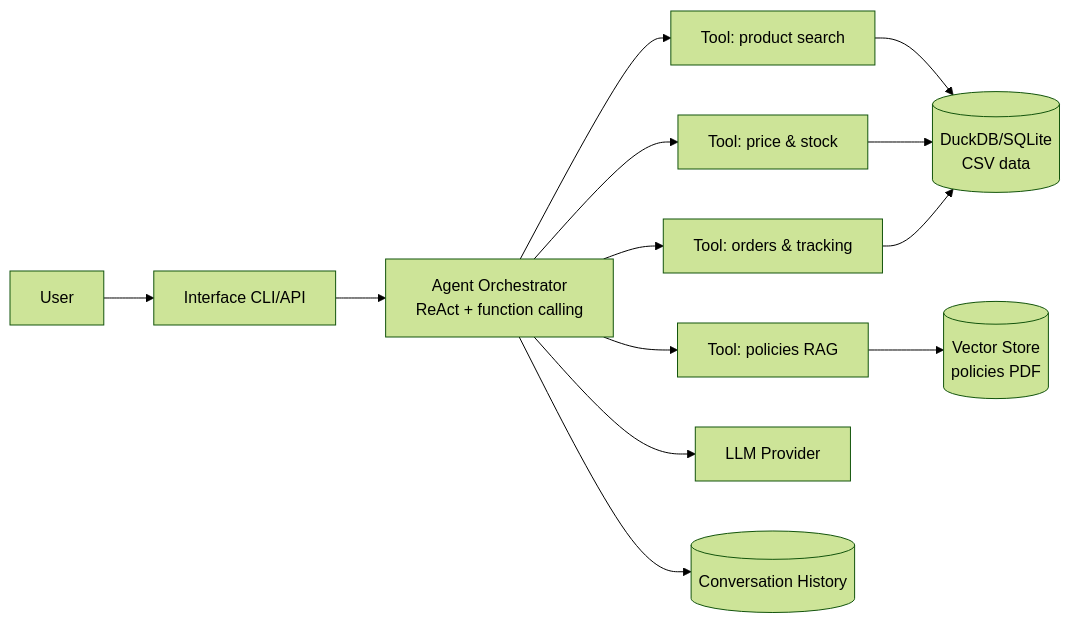
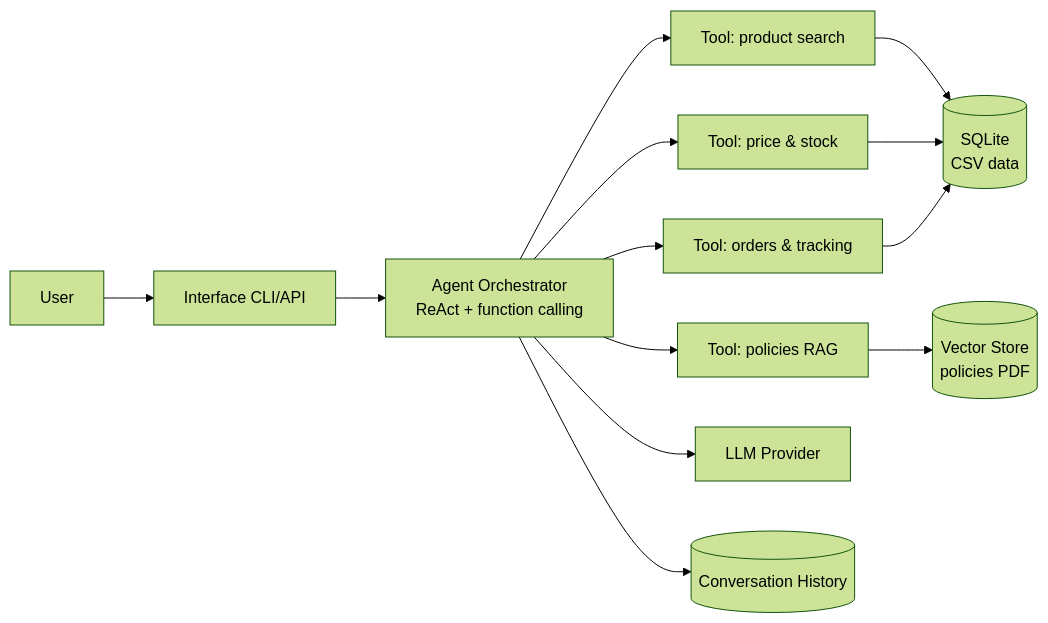
The diagram in docs/planning.md (Dangerdrive/artefact_data_engineer_challenge), drawn with Mermaid (forest theme) before and after one commit. The commit also changed other lines of this file and 20 other files, not shown here.

````diff
--- a/docs/planning.md
+++ b/docs/planning.md
@@ -89,13 +89,13 @@
 ```mermaid
 flowchart LR
     U[User] --> I[Interface CLI/API]
     I --> O[Agent Orchestrator<br/>ReAct + function calling]
     O --> T1[Tool: product search]
     O --> T2[Tool: price & stock]
     O --> T3[Tool: orders & tracking]
     O --> T4[Tool: policies RAG]
-    T1 & T2 & T3 --> DB[(DuckDB/SQLite<br/>CSV data)]
+    T1 & T2 & T3 --> DB[(SQLite<br/>CSV data)]
     T4 --> V[(Vector Store<br/>policies PDF)]
     O --> L[LLM Provider]
     O --> H[(Conversation History)]
 ```
````
